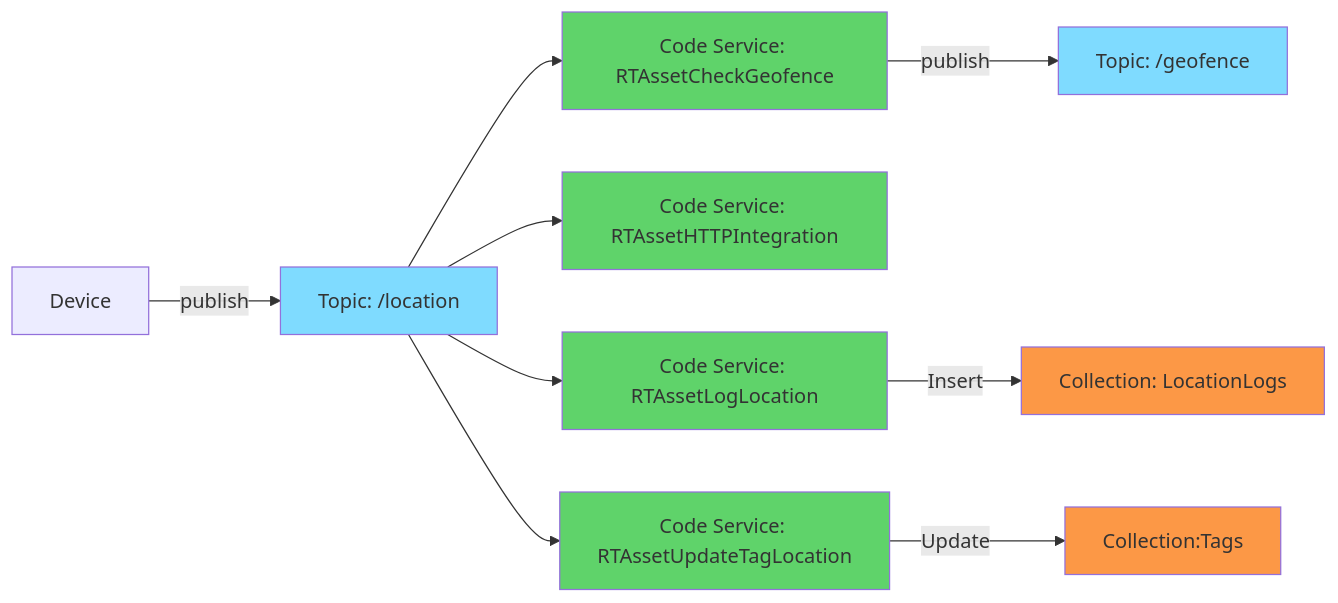
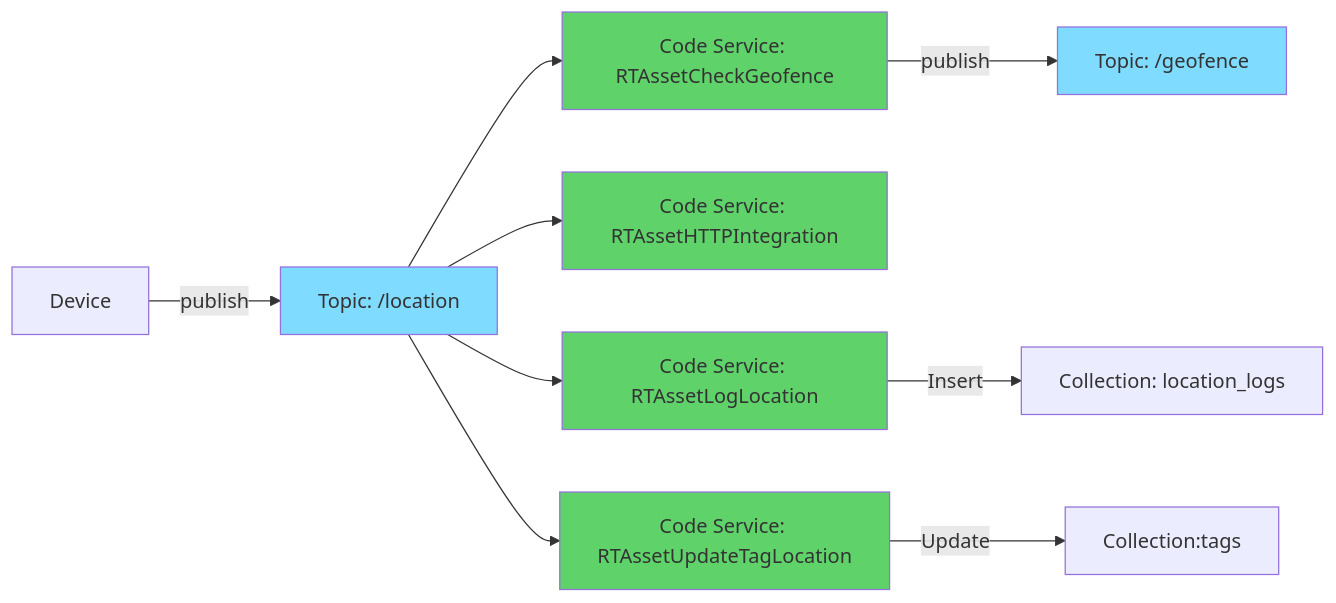
Before and after one commit to rreinold/real-time-asset-tracking-template: the diagram in graph.mmd, drawn with Mermaid. The commit also changed 3 other files, not shown here.

```diff
--- a/graph.mmd
+++ b/graph.mmd
@@ -1,21 +1,21 @@
 
 graph LR;
 	classDef Topic fill:#7FDBFF;
 	classDef Collection fill:#fc9846;
 	classDef CodeService fill:#5fd36a
 
     Device-->|publish|location[Topic: /location]
     location[Topic: /location]-->RTAssetCheckGeofence[Code Service: RTAssetCheckGeofence];
     RTAssetCheckGeofence-->|publish|geofence[Topic: /geofence]
 
     location[Topic: location]-->RTAssetHTTPIntegration[Code Service: RTAssetHTTPIntegration];
 
     location[Topic: /location]-->RTAssetLogLocation[Code Service: RTAssetLogLocation];
-    RTAssetLogLocation-->|Insert|LocationLogs[Collection: LocationLogs]
+    RTAssetLogLocation-->|Insert|LocationLogs[Collection: location_logs]
 
     location[Topic: /location]-->RTAssetUpdateTagLocation[Code Service: RTAssetUpdateTagLocation];
-    RTAssetUpdateTagLocation-->|Update|Tags[Collection:Tags]
+    RTAssetUpdateTagLocation-->|Update|Tags[Collection:tags]
 
     class location,geofence Topic
-    class LocationLogs,Tags Collection
+    class location_logs,tags Collection
     class RTAssetCheckGeofence,RTAssetHTTPIntegration,RTAssetLogLocation,RTAssetUpdateTagLocation CodeService
```
